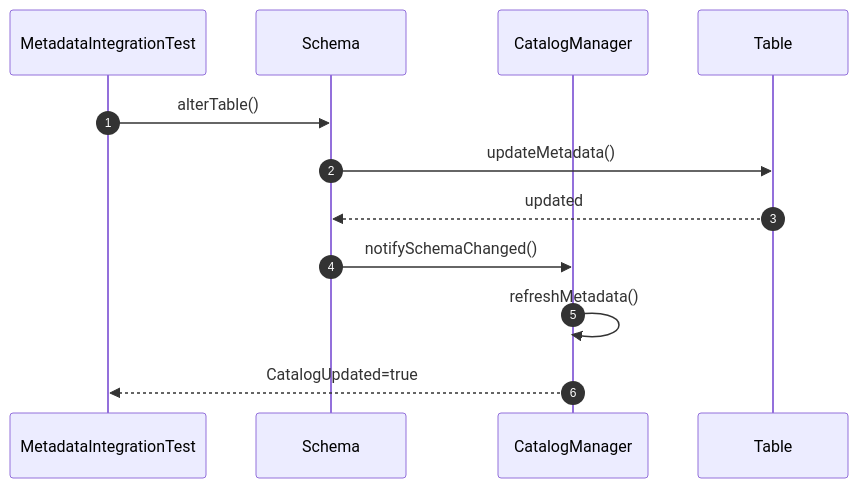
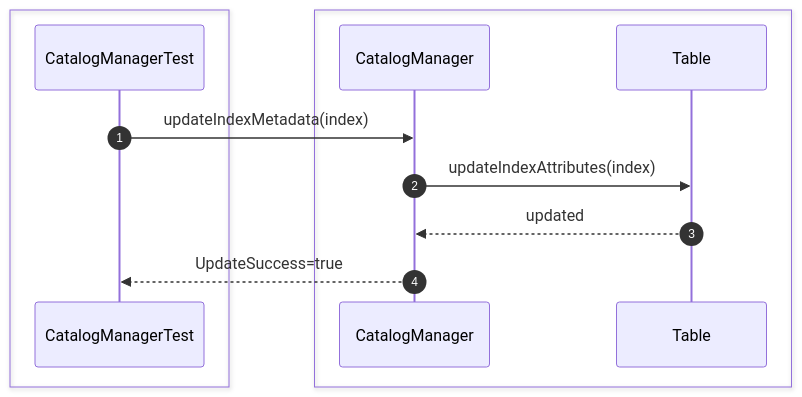
Before and after one commit to Huy1801214/dbms-architecture: diagram 14 of 28 in src/sequence/catalog.md, drawn with Mermaid. The commit also changed other lines of this file and 10 other files, not shown here.

Commit message:
add comprehensive sequence diagrams and documentation for system architecture and unit testing specifications

````diff
--- a/src/sequence/catalog.md
+++ b/src/sequence/catalog.md
@@ -141,20 +305,19 @@
 ```mermaid
 sequenceDiagram
     autonumber
-    participant Test as MetadataIntegrationTest
-    participant Schema as Schema
+    box #e1f5fe Test Suite
+    participant Test as CatalogManagerTest
+    end
+    box #e8f5e9 Catalog Objects
     participant Catalog as CatalogManager
     participant Tbl as Table
+    end
 
-    Test->>Schema: alterTable()
+    Test->>Catalog: updateIndexMetadata(index)
 
-    Schema->>Tbl: updateMetadata()
+    Catalog->>Tbl: updateIndexAttributes(index)
 
-    Tbl-->>Schema: updated
+    Tbl-->>Catalog: updated
 
-    Schema->>Catalog: notifySchemaChanged()
-
-    Catalog->>Catalog: refreshMetadata()
-
-    Catalog-->>Test: CatalogUpdated=true
+    Catalog-->>Test: UpdateSuccess=true
 ```
````
